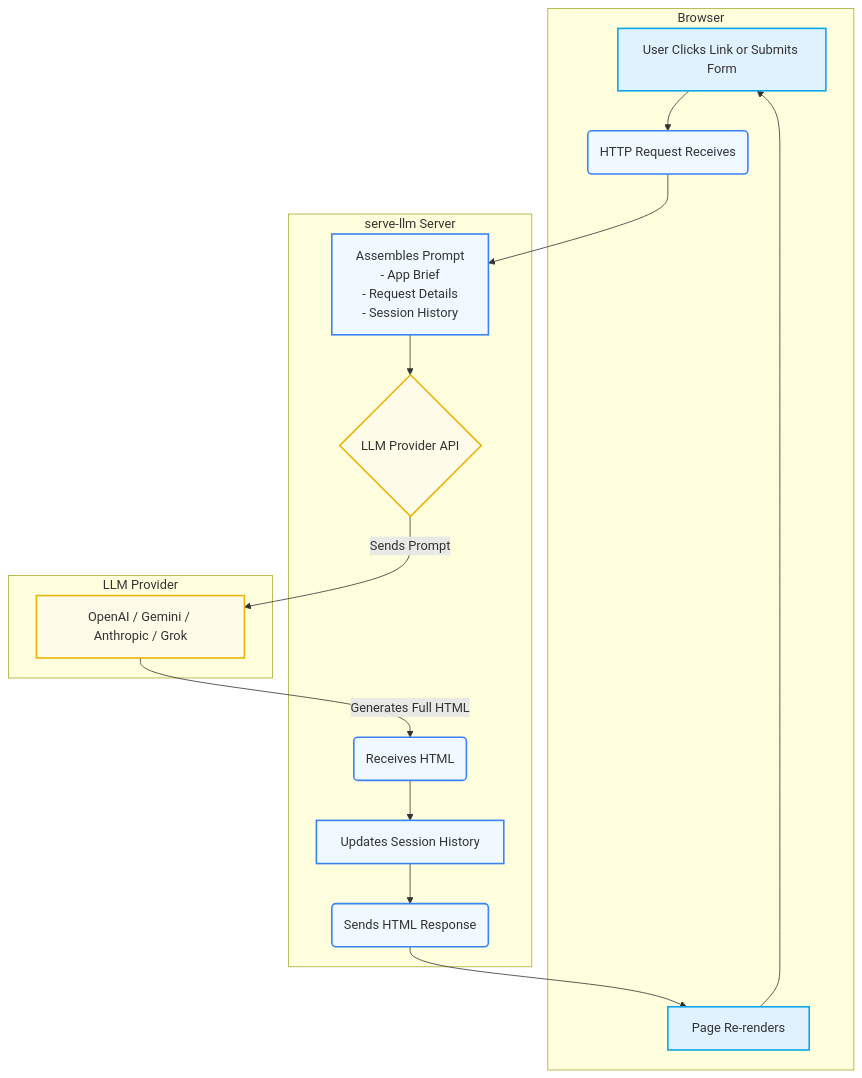
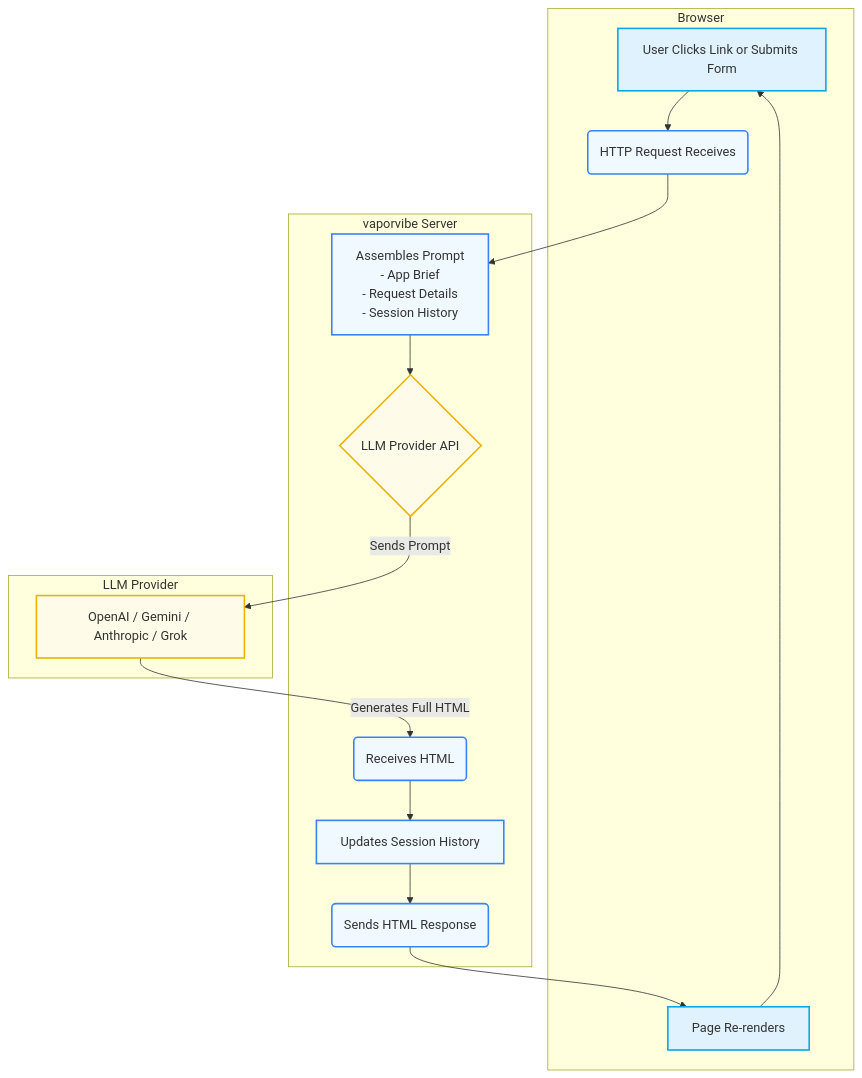
One commit to gerkensm/vaporvibe changed the diagram in README.md. Above: the diagram before and after it, drawn with Mermaid. The commit also changed other lines of this file and 39 other files, not shown here.

````diff
--- a/README.md
+++ b/README.md
@@ -48,29 +48,29 @@
 ```mermaid
 graph TD
     subgraph Browser
         A[User Clicks Link or Submits Form] --> B;
         H[Page Re-renders] --> A;
     end
 
-    subgraph "serve-llm Server"
+    subgraph "vaporvibe Server"
         B(HTTP Request Receives) --> C[Assembles Prompt<br/>- App Brief<br/>- Request Details<br/>- Session History];
         C --> D{LLM Provider API};
         E --> F[Updates Session History];
         F --> G(Sends HTML Response);
     end
 
     subgraph "LLM Provider"
       D -- Sends Prompt --> LLM[OpenAI / Gemini / Anthropic / Grok];
       LLM -- Generates Full HTML --> E(Receives HTML);
     end
 
     G --> H;
 
     classDef user fill:#e0f2fe,stroke:#0ea5e9,stroke-width:2px;
     classDef server fill:#f0f9ff,stroke:#3b82f6,stroke-width:2px;
     classDef llm fill:#fefce8,stroke:#eab308,stroke-width:2px;
 
     class A,H user;
     class B,C,E,F,G server;
     class D,LLM llm;
 ```
````
